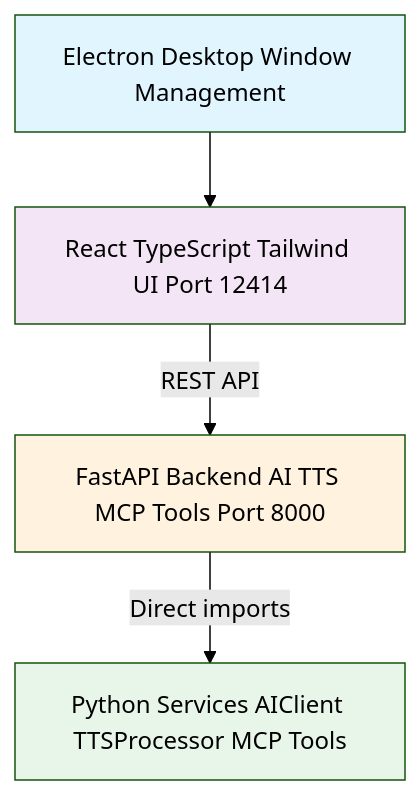
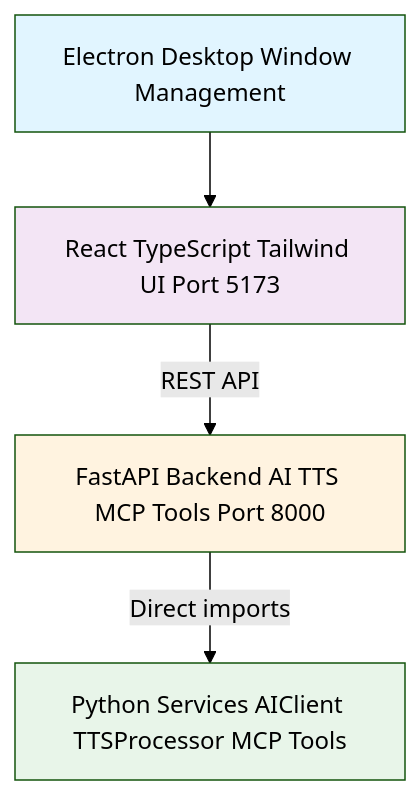
One commit to AmreetKumarkhuntia/knik changed the diagram in docs/guides/web-app.md. Above: the diagram before and after it, drawn with Mermaid (forest theme). The commit also changed other lines of this file and 20 other files, not shown here.

````diff
--- a/docs/guides/web-app.md
+++ b/docs/guides/web-app.md
@@ -9,11 +9,11 @@
 ```mermaid
 flowchart TD
-    A[Electron Desktop Window Management] --> B[React TypeScript Tailwind UI Port 12414]
+    A[Electron Desktop Window Management] --> B[React TypeScript Tailwind UI Port 5173]
     B -->|REST API| C[FastAPI Backend AI TTS MCP Tools Port 8000]
     C -->|Direct imports| D[Python Services AIClient TTSProcessor MCP Tools]
 
     style A fill:#e1f5ff
     style B fill:#f3e5f5
     style C fill:#fff3e0
     style D fill:#e8f5e9
 ```
````
